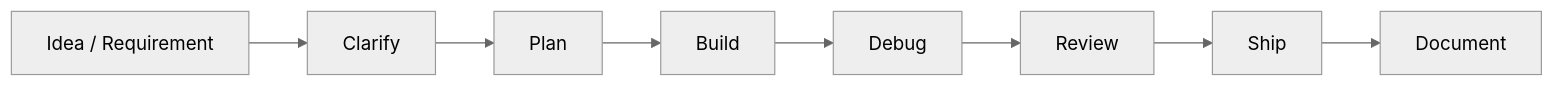
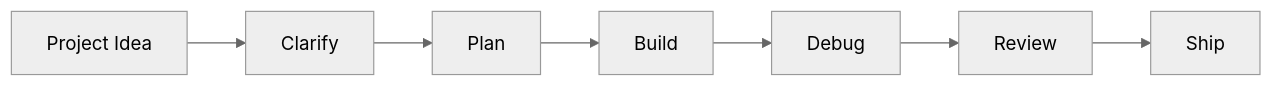
Before and after one commit to tingxinas/ai-agent-dev-workflow: the diagram in README.md, drawn with Mermaid (neutral theme). The commit also changed other lines of this file and 15 other files, not shown here.

````diff
--- a/README.md
+++ b/README.md
@@ -35,10 +44,9 @@
 ```mermaid
 flowchart LR
-    A[Idea / Requirement] --> B[Clarify]
+    A[Project Idea] --> B[Clarify]
     B --> C[Plan]
     C --> D[Build]
     D --> E[Debug]
     E --> F[Review]
     F --> G[Ship]
-    G --> H[Document]
 ```
````
